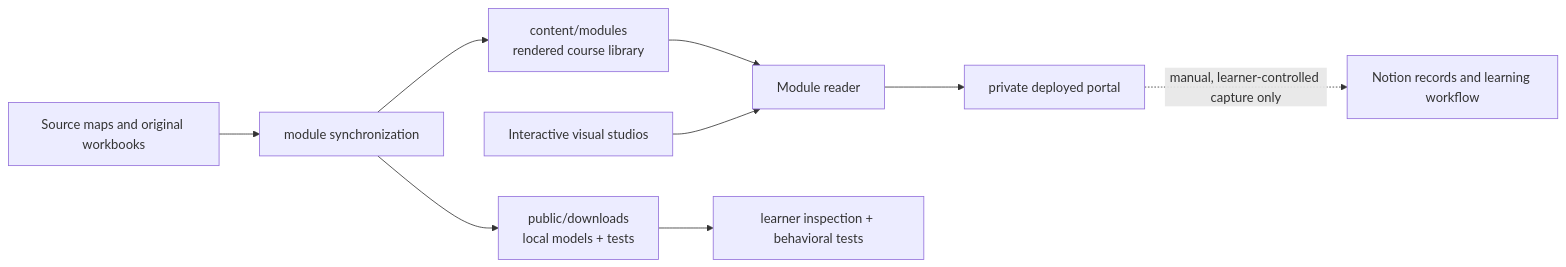
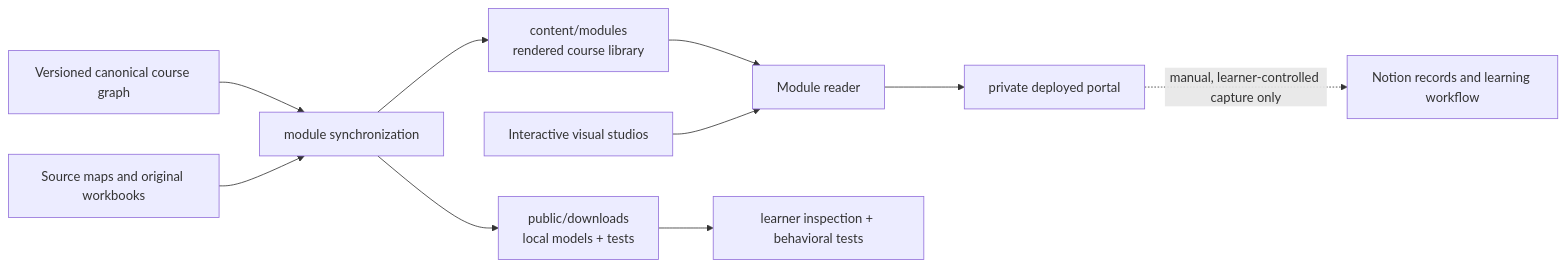
Before and after one commit to michaeliu3/atlas-academy-python-cs: the diagram in docs/ARCHITECTURE.md, drawn with Mermaid. The commit also changed other lines of this file and 17 other files, not shown here.

Commit message:
Add canonical Atlas course graph

```diff
--- a/docs/ARCHITECTURE.md
+++ b/docs/ARCHITECTURE.md
@@ -9,11 +9,12 @@
 ~~~mermaid
 flowchart LR
-    S["Source maps and original workbooks"] --> M["module synchronization"]
+    G["Versioned canonical course graph"] --> M["module synchronization"]
+    S["Source maps and original workbooks"] --> M
     M --> L["content/modules<br>rendered course library"]
     M --> D["public/downloads<br>local models + tests"]
     L --> R["Module reader"]
     I["Interactive visual studios"] --> R
     D --> V["learner inspection + behavioral tests"]
     R --> P["private deployed portal"]
     P -. "manual, learner-controlled capture only" .-> N["Notion records and learning workflow"]
 ~~~
```
